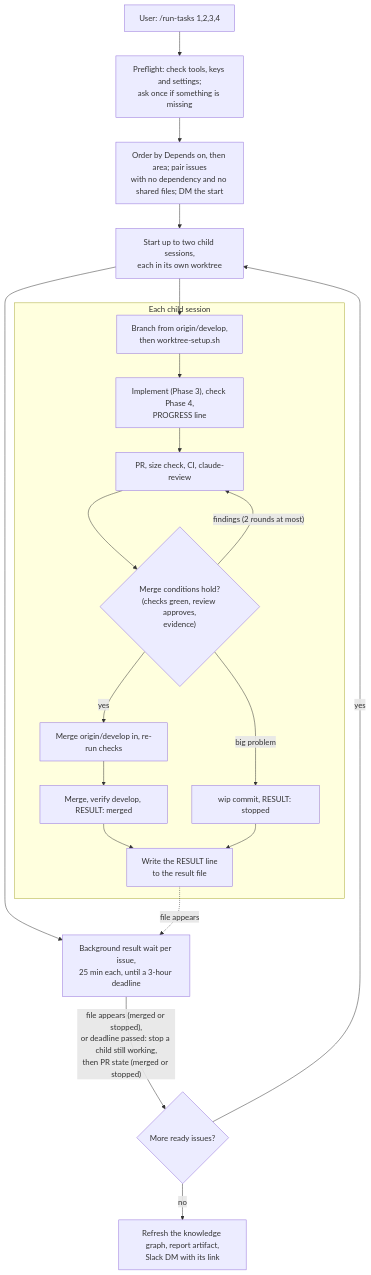
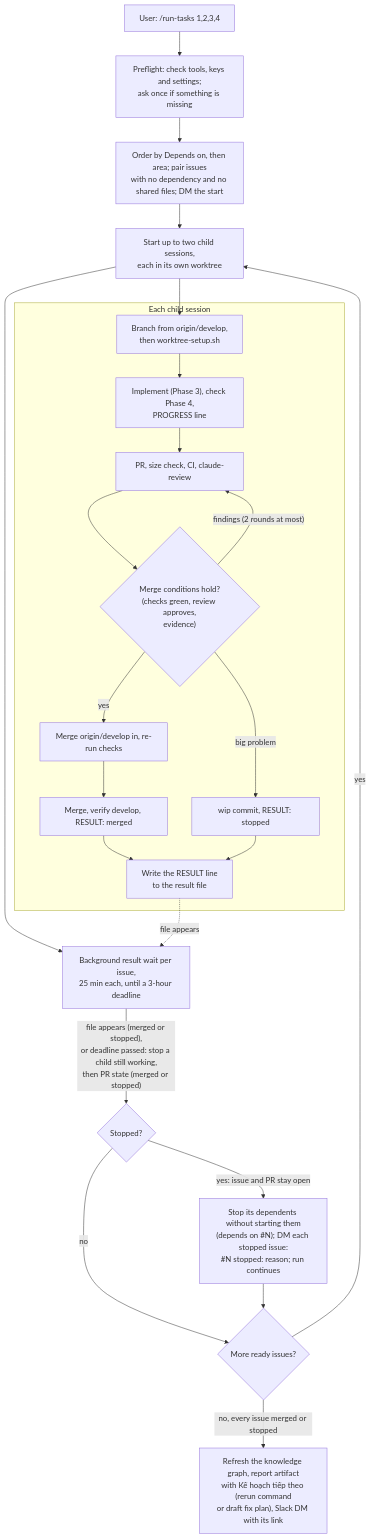
Before and after one commit to huynguyennang-agilityio/claude-code-training: the fifth of 5 diagrams in docs/workflow.md, drawn with Mermaid. The commit also changed other lines of this file and 2 other files, not shown here.

Commit message:
chore(infra): report next steps for stopped /run-tasks issues
Every stop reason takes one path: the issue, PR and branch stay open,
the parent stops the dependents without starting them, sends one stop
DM per stopped issue and goes on. The report gets a "Kế hoạch tiếp theo"
section, and a rerun continues on the open PR with two new fix rounds.

````diff
--- a/docs/workflow.md
+++ b/docs/workflow.md
@@ -121,23 +121,26 @@
 ```mermaid
 flowchart TD
     A["User: /run-tasks 1,2,3,4"] --> PF["Preflight: check tools, keys and settings;<br/>ask once if something is missing"]
     PF --> O["Order by Depends on, then area; pair issues<br/>with no dependency and no shared files; DM the start"]
     O --> C["Start up to two child sessions,<br/>each in its own worktree"]
     subgraph child ["Each child session"]
       W["Branch from origin/develop,<br/>then worktree-setup.sh"] --> I["Implement (Phase 3), check Phase 4,<br/>PROGRESS line"]
       I --> P["PR, size check, CI, claude-review"]
       P --> F{"Merge conditions hold?<br/>(checks green, review approves,<br/>evidence)"}
       F -- "findings (2 rounds at most)" --> P
       F -- yes --> D["Merge origin/develop in, re-run checks"]
       D --> M["Merge, verify develop, RESULT: merged"]
       F -- "big problem" --> S["wip commit, RESULT: stopped"]
       M --> RF["Write the RESULT line<br/>to the result file"]
       S --> RF
     end
     C --> W
     C --> RW["Background result wait per issue,<br/>25 min each, until a 3-hour deadline"]
     RF -. "file appears" .-> RW
-    RW -- "file appears (merged or stopped),<br/>or deadline passed: stop a child still working,<br/>then PR state (merged or stopped)" --> N{"More ready issues?"}
+    RW -- "file appears (merged or stopped),<br/>or deadline passed: stop a child still working,<br/>then PR state (merged or stopped)" --> ST{"Stopped?"}
+    ST -- "yes: issue and PR stay open" --> SD["Stop its dependents without starting them<br/>(depends on #N); DM each stopped issue:<br/>#N stopped: reason; run continues"]
+    ST -- no --> N{"More ready issues?"}
+    SD --> N
     N -- yes --> C
-    N -- no --> E["Refresh the knowledge graph, report artifact,<br/>Slack DM with its link"]
+    N -- "no, every issue merged or stopped" --> E["Refresh the knowledge graph, report artifact<br/>with Kế hoạch tiếp theo (rerun command<br/>or draft fix plan), Slack DM with its link"]
 ```
````
